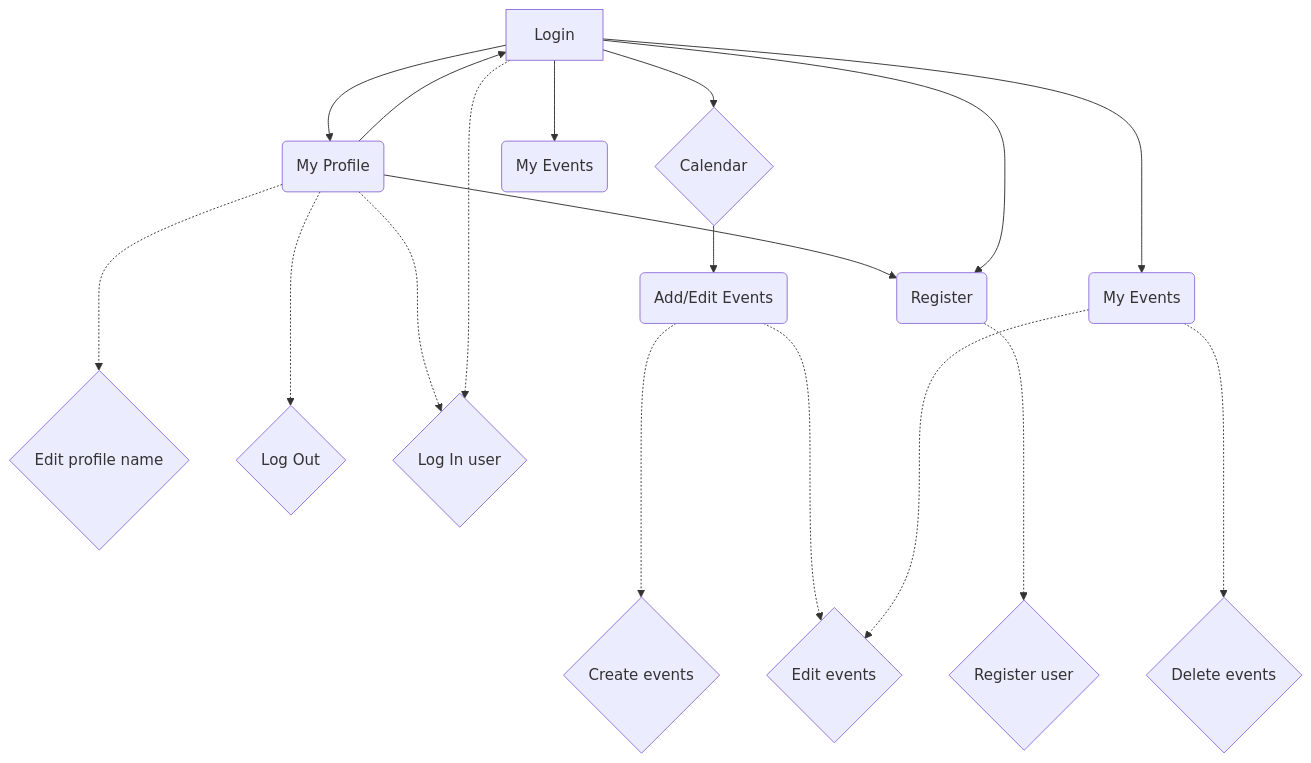
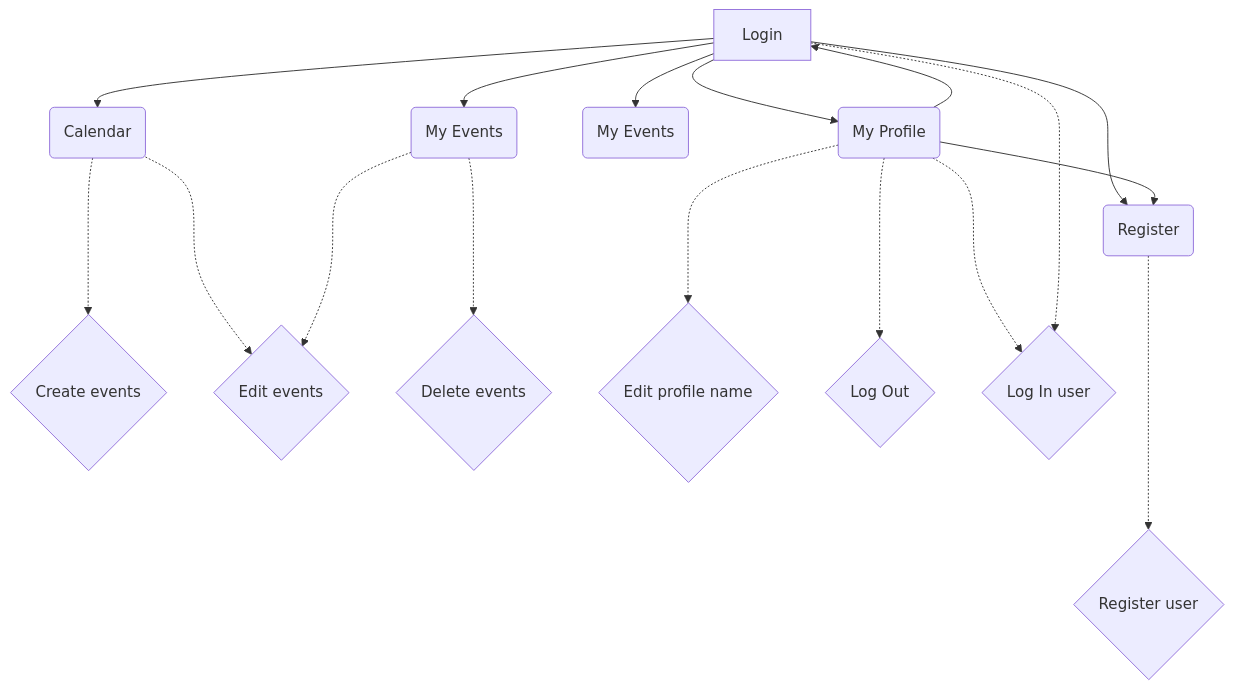
The diagram in README.md (momchilmg/Sirma-Flutter-Exam), drawn with Mermaid before and after one commit.

````diff
--- a/README.md
+++ b/README.md
@@ -27,20 +27,19 @@
 ```mermaid
 graph TD
-Z[Login] --> A{Calendar}
+Z[Login] --> A(Calendar)
 Z --> B(My Profile)
 Z --> C(My Events)
 B --> Z
-B --> E(Register)
-Z --> E
+Z --> E(Register)
+B --> E
 Z --> F(My Events)
-A --> G(Add/Edit Events)
-G ..-> I{Create events}
-G ..-> H{Edit events}
+A ..-> I{Create events}
+A ..-> H{Edit events}
 F ..-> H
 F ..-> L{Delete events}
 B ..-> K{Edit profile name}
 B ..-> M{Log Out}
 B ..-> N{Log In user}
 E ..-> O{Register user}
 Z ..-> N
 ```
````
